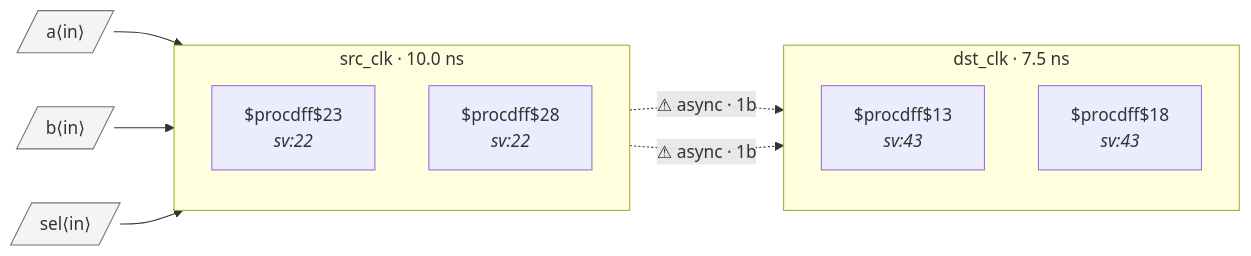
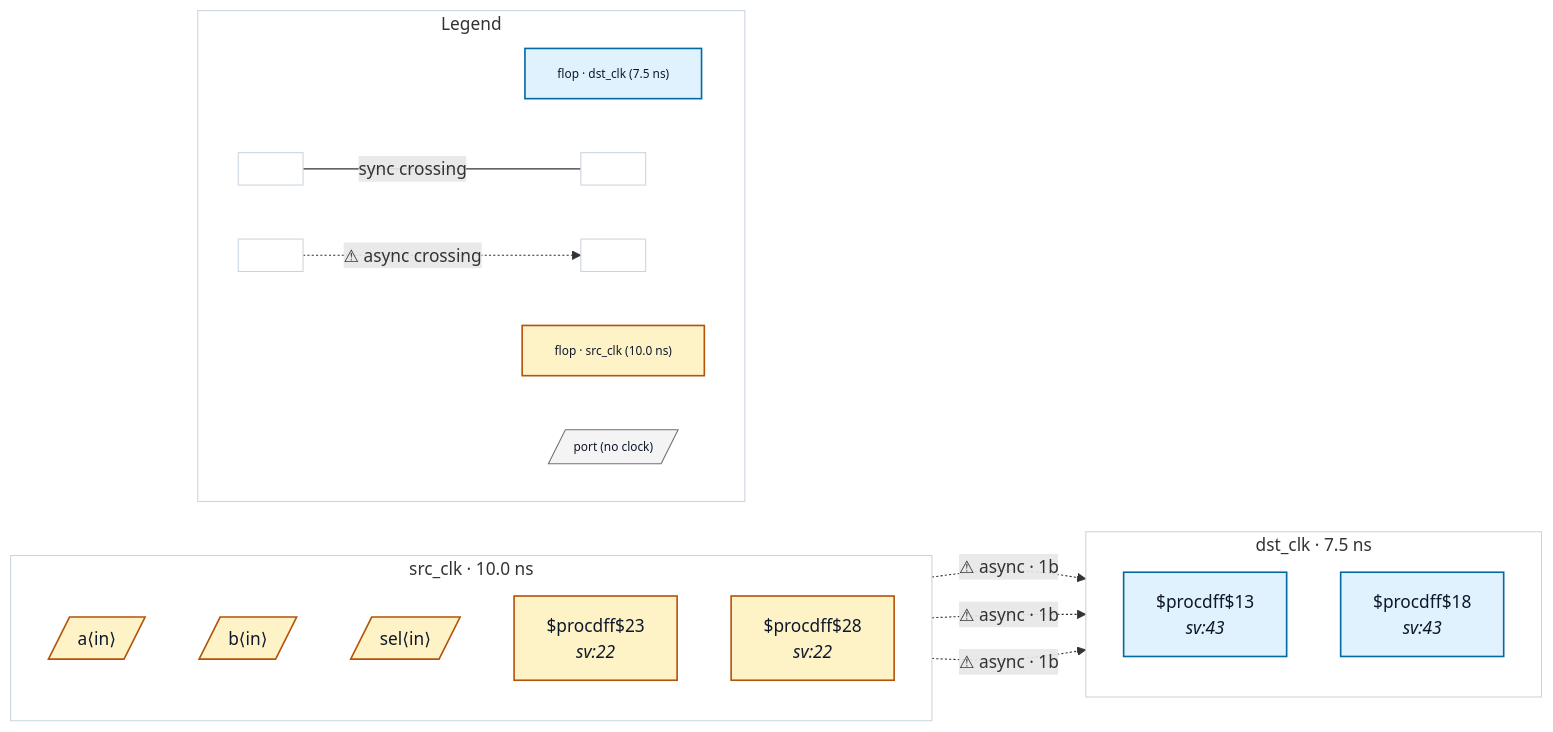
Before and after one commit to rtl-buddy/rtl-buddy-cdc: the diagram in tests/fixtures/bad_comb_before_sync_with_if/README.md, drawn with Mermaid. The commit also changed 71 other files, not shown here.

First line of the commit message:
Refresh fixture READMEs + render iterations (colors, legend, nested ports, clock-net edges)

````diff
--- a/tests/fixtures/bad_comb_before_sync_with_if/README.md
+++ b/tests/fixtures/bad_comb_before_sync_with_if/README.md
@@ -14,23 +14,46 @@
 ```mermaid
 %% bad_comb_before_sync_with_if — generated by rtl-buddy-cdc render
 flowchart LR
   subgraph clk_dst_clk["dst_clk · 7.5 ns"]
     direction TB
-    f_2d83adbe["$procdff$13<br/><i>sv:43</i>"]
-    f_90186b86["$procdff$18<br/><i>sv:43</i>"]
+    f_2d83adbe["$procdff$13<br/><i>sv:43</i>"]:::ckcls_dst_clk
+    f_90186b86["$procdff$18<br/><i>sv:43</i>"]:::ckcls_dst_clk
   end
   subgraph clk_src_clk["src_clk · 10.0 ns"]
     direction TB
-    f_81f8610f["$procdff$23<br/><i>sv:22</i>"]
-    f_6d55a211["$procdff$28<br/><i>sv:22</i>"]
+    p_in_a[/"a⟨in⟩"/]:::ckcls_src_clk
+    p_in_b[/"b⟨in⟩"/]:::ckcls_src_clk
+    p_in_sel[/"sel⟨in⟩"/]:::ckcls_src_clk
+    f_81f8610f["$procdff$23<br/><i>sv:22</i>"]:::ckcls_src_clk
+    f_6d55a211["$procdff$28<br/><i>sv:22</i>"]:::ckcls_src_clk
   end
-  p_in_a[/"a⟨in⟩"/]:::port
-  p_in_b[/"b⟨in⟩"/]:::port
-  p_in_sel[/"sel⟨in⟩"/]:::port
-  p_in_a --> f_81f8610f
-  p_in_b --> f_81f8610f
-  p_in_sel --> f_81f8610f
+  p_in_sel -. "⚠ async · 1b" .-> f_2d83adbe
   f_81f8610f -. "⚠ async · 1b" .-> f_2d83adbe
   f_6d55a211 -. "⚠ async · 1b" .-> f_2d83adbe
-  classDef port fill:#f4f4f5,stroke:#71717a
+  subgraph rb_legend["Legend"]
+    direction LR
+    lg_clk_dst_clk["flop · dst_clk (7.5 ns)"]:::ckcls_dst_clk
+    lg_clk_src_clk["flop · src_clk (10.0 ns)"]:::ckcls_src_clk
+    lg_port[/"port (no clock)"/]:::port_unassigned
+    lg_sync_a[" "]:::ckcls_legend_neutral
+    lg_sync_b[" "]:::ckcls_legend_neutral
+    lg_async_a[" "]:::ckcls_legend_neutral
+    lg_async_b[" "]:::ckcls_legend_neutral
+    lg_sync_a --- |"sync crossing"| lg_sync_b
+    lg_async_a -. "⚠ async crossing" .-> lg_async_b
+  end
+  style clk_dst_clk fill:none,stroke:#cbd5e1
+  style clk_src_clk fill:none,stroke:#cbd5e1
+  style rb_legend fill:none,stroke:#cbd5e1
+  style lg_clk_dst_clk font-size:11px
+  style lg_clk_src_clk font-size:11px
+  style lg_port font-size:11px
+  style lg_sync_a font-size:11px
+  style lg_sync_b font-size:11px
+  style lg_async_a font-size:11px
+  style lg_async_b font-size:11px
+  classDef ckcls_dst_clk fill:#e0f2fe,stroke:#0369a1,stroke-width:1.5px,color:#0f172a
+  classDef ckcls_src_clk fill:#fef3c7,stroke:#b45309,stroke-width:1.5px,color:#0f172a
+  classDef port_unassigned fill:#f4f4f5,stroke:#71717a,color:#0f172a
+  classDef ckcls_legend_neutral fill:#ffffff,stroke:#cbd5e1,stroke-width:1px,color:#0f172a
 ```
````
